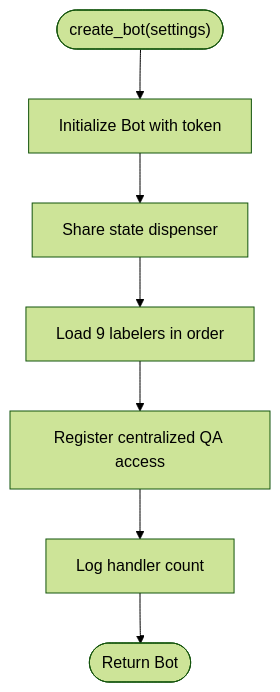
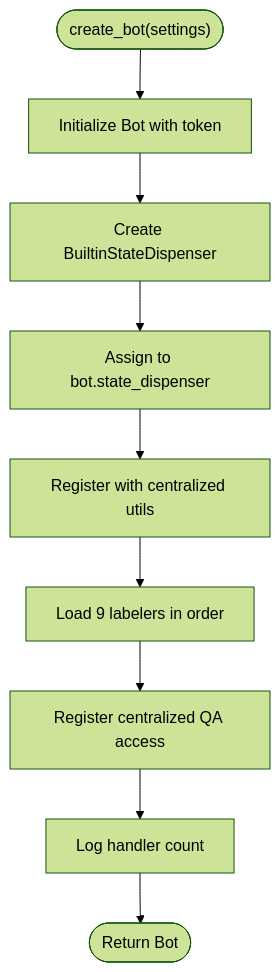
Before and after one commit to ognelis/cafetera_hr_bot: the seventh of 12 diagrams in .qoder/repowiki/en/content/VK Integration/VK Integration.md, drawn with Mermaid (forest theme). The commit also changed other lines of this file and 14 other files, not shown here.

````diff
--- a/.qoder/repowiki/en/content/VK Integration/VK Integration.md
+++ b/.qoder/repowiki/en/content/VK Integration/VK Integration.md
@@ -344,9 +448,11 @@
 ```mermaid
 flowchart TD
 Start(["create_bot(settings)"]) --> Init["Initialize Bot with token"]
-Init --> ShareState["Share state dispenser"]
-ShareState --> LoadHandlers["Load 9 labelers in order"]
+Init --> ShareState["Create BuiltinStateDispenser"]
+ShareState --> AssignSD["Assign to bot.state_dispenser"]
+AssignSD --> RegisterSD["Register with centralized utils"]
+RegisterSD --> LoadHandlers["Load 9 labelers in order"]
 LoadHandlers --> RegisterUtils["Register centralized QA access"]
 RegisterUtils --> Log["Log handler count"]
 Log --> ReturnBot(["Return Bot"])
 ```
````
